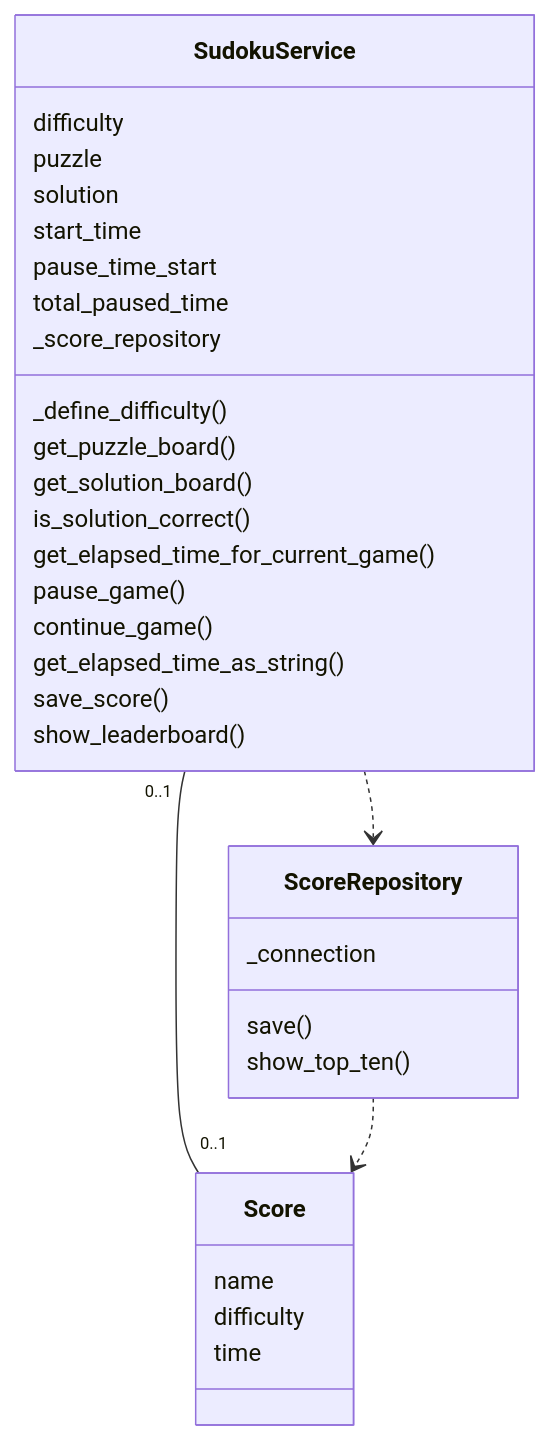
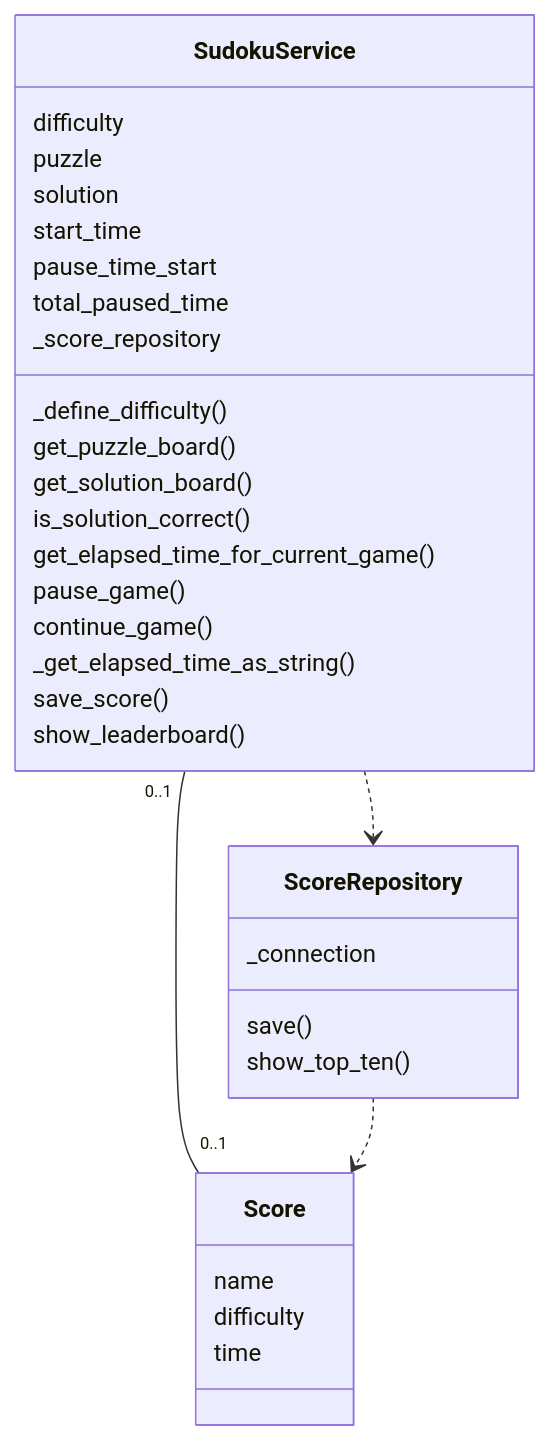
Before and after one commit to uyenmh/ot-harjoitustyo: the first of 4 diagrams in dokumentaatio/arkkitehtuuri.md, drawn with Mermaid. The commit also changed 5 other files, not shown here.

````diff
--- a/dokumentaatio/arkkitehtuuri.md
+++ b/dokumentaatio/arkkitehtuuri.md
@@ -9,35 +9,35 @@
 ```mermaid
  classDiagram
     class SudokuService {
         difficulty
         puzzle
         solution
         start_time
         pause_time_start
         total_paused_time
         _score_repository
         _define_difficulty()
         get_puzzle_board()
         get_solution_board()
         is_solution_correct()
         get_elapsed_time_for_current_game()
         pause_game()
         continue_game()
-        get_elapsed_time_as_string()
+        _get_elapsed_time_as_string()
         save_score()
         show_leaderboard()
     }
     class Score {
         name
         difficulty
         time
     }
     class ScoreRepository {
         _connection
         save()
         show_top_ten()
     }
     SudokuService "0..1" -- "0..1" Score
     SudokuService ..> ScoreRepository
     ScoreRepository ..> Score
 ```
````
